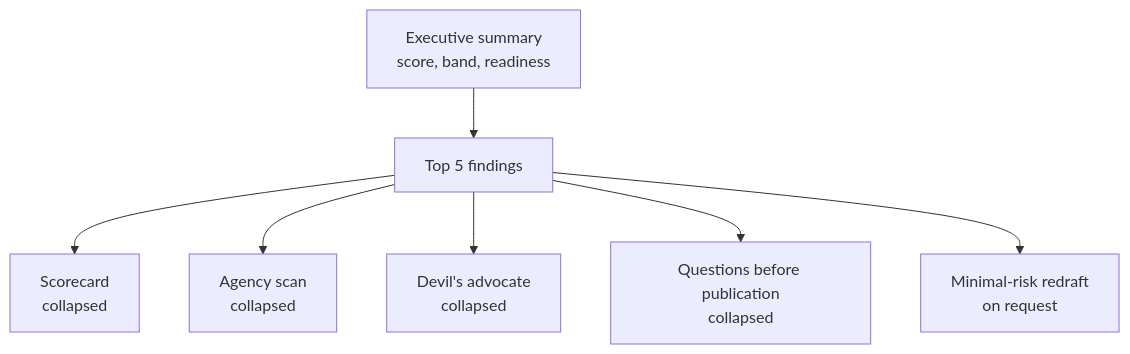
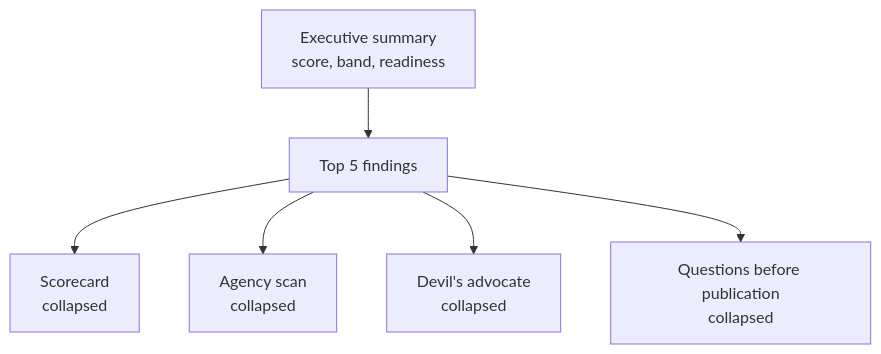
One commit to rst-sys/Comms-assessment-tool changed the diagram in PROMPT.md. Above: the diagram before and after it, drawn with Mermaid. The commit also changed other lines of this file and 27 other files, not shown here.

````diff
--- a/PROMPT.md
+++ b/PROMPT.md
@@ -306,9 +313,8 @@
 ```mermaid
 flowchart TD
   A[Executive summary<br/>score, band, readiness] --> B[Top 5 findings]
   B --> C[Scorecard<br/>collapsed]
   B --> D[Agency scan<br/>collapsed]
   B --> E[Devil's advocate<br/>collapsed]
   B --> F[Questions before publication<br/>collapsed]
-  B --> G[Minimal-risk redraft<br/>on request]
 ```
````
